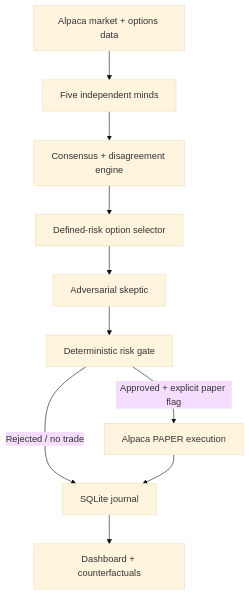
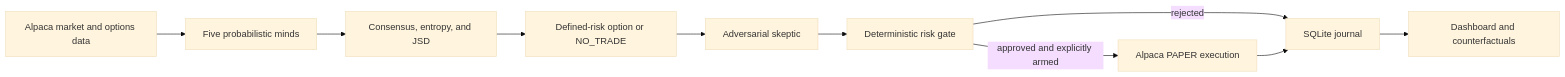
Before and after one commit to Futurecontingents/lyceum-ai-trading: the diagram in README.md, drawn with Mermaid (base theme). The commit also changed other lines of this file and 11 other files, not shown here.

````diff
--- a/README.md
+++ b/README.md
@@ -29,12 +28,12 @@
 ```mermaid
-flowchart TD
-    A["Alpaca market + options data"] --> B["Five independent minds"]
-    B --> C["Consensus + disagreement engine"]
-    C --> D["Defined-risk option selector"]
+flowchart LR
+    A["Alpaca market and options data"] --> B["Five probabilistic minds"]
+    B --> C["Consensus, entropy, and JSD"]
+    C --> D["Defined-risk option or NO_TRADE"]
     D --> E["Adversarial skeptic"]
     E --> F["Deterministic risk gate"]
-    F -->|Approved + explicit paper flag| G["Alpaca PAPER execution"]
-    F -->|Rejected / no trade| H["SQLite journal"]
+    F -->|approved and explicitly armed| G["Alpaca PAPER execution"]
+    F -->|rejected| H["SQLite journal"]
     G --> H
-    H --> I["Dashboard + counterfactuals"]
+    H --> I["Dashboard and counterfactuals"]
 ```
````
